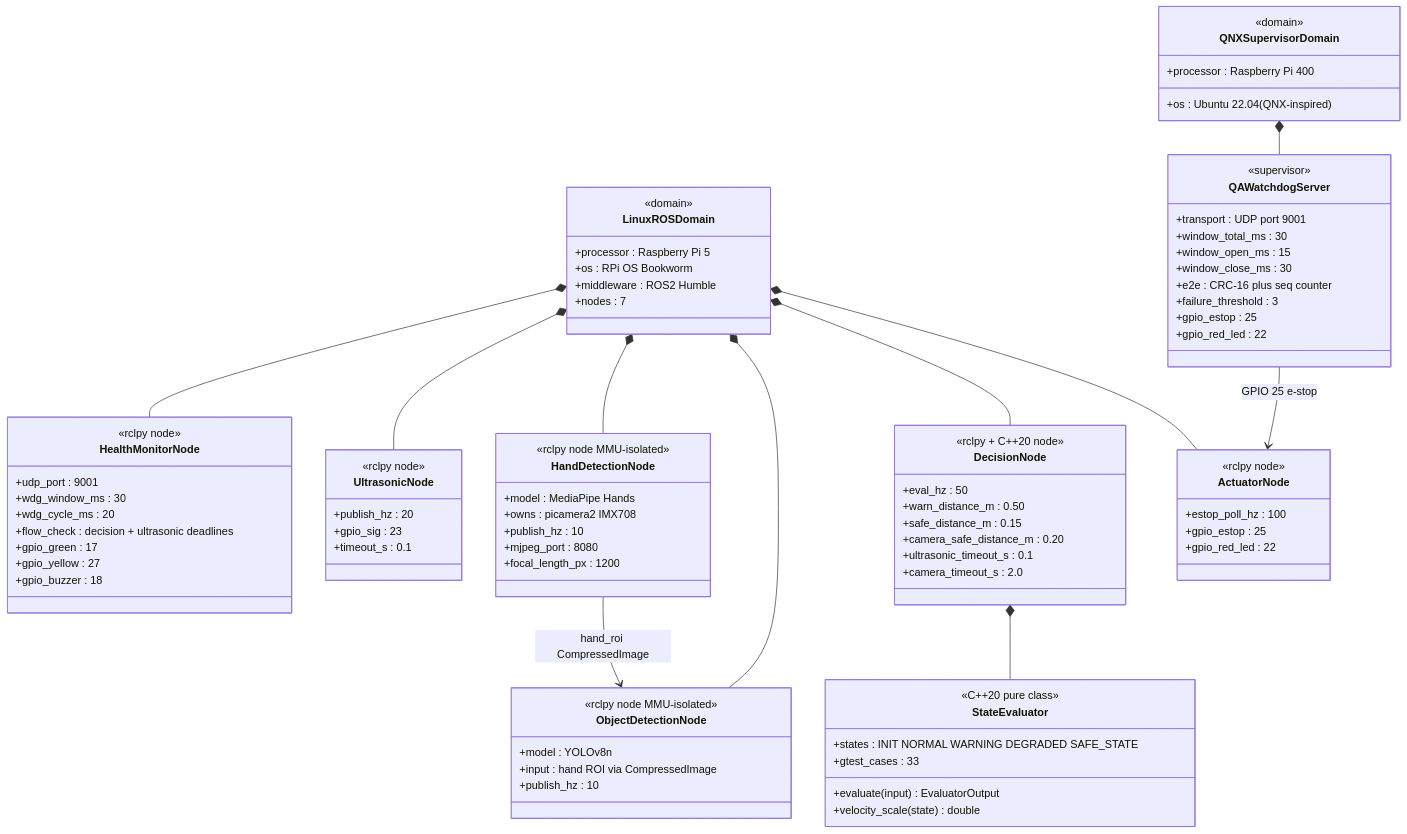
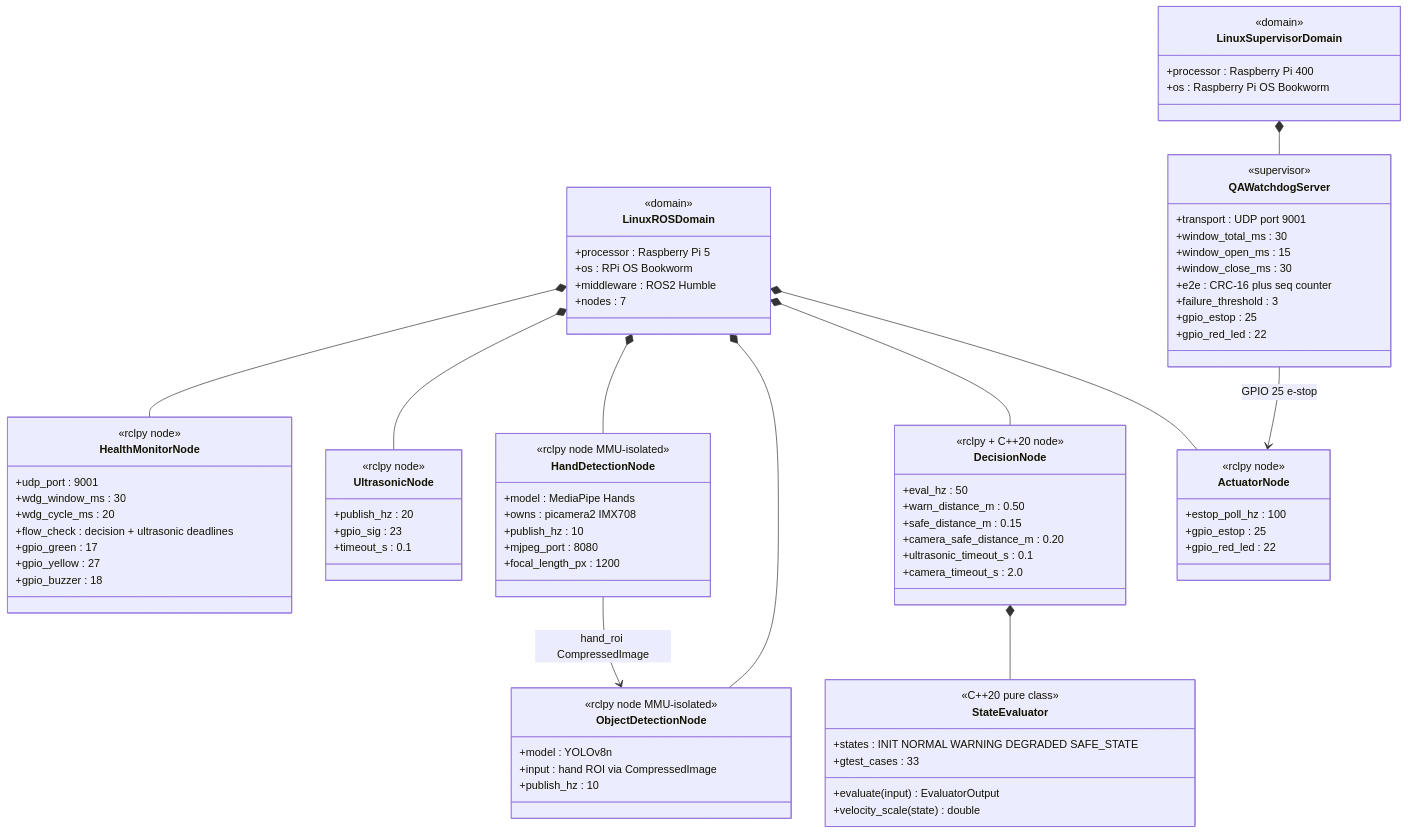
One commit to tipou82/safety-supervised-edge-ai-demo changed the second of 11 diagrams in docs/sysml/architecture_diagrams.md. Above: the diagram before and after it, drawn with Mermaid. The commit also changed other lines of this file and 19 other files, not shown here.

```diff
--- a/docs/sysml/architecture_diagrams.md
+++ b/docs/sysml/architecture_diagrams.md
@@ -88,10 +88,10 @@
         +nodes : 7
     }
 
-    class QNXSupervisorDomain {
+    class LinuxSupervisorDomain {
         <<domain>>
         +processor : Raspberry Pi 400
-        +os : Ubuntu 22.04 (QNX-inspired)
+        +os : Raspberry Pi OS Bookworm
     }
 
     class HealthMonitorNode {
@@ -173,7 +173,7 @@
     LinuxROSDomain  *-- ActuatorNode
     DecisionNode    *-- StateEvaluator
 
-    QNXSupervisorDomain *-- QAWatchdogServer
+    LinuxSupervisorDomain *-- QAWatchdogServer
 
     HandDetectionNode --> ObjectDetectionNode : hand_roi CompressedImage
     QAWatchdogServer  --> ActuatorNode        : GPIO 25 e-stop
```
